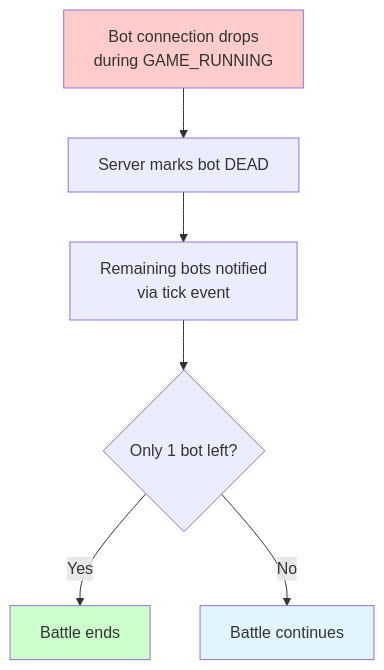
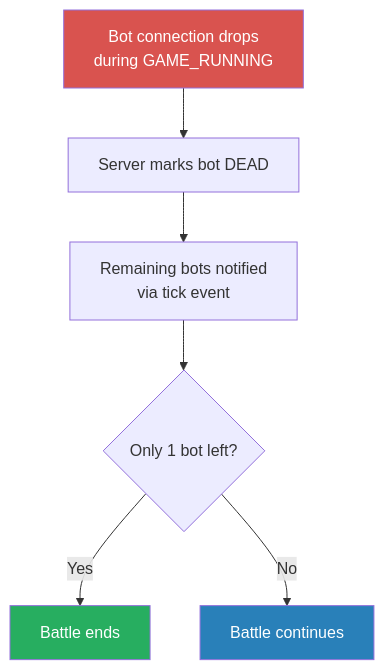
Before and after one commit to robocode-dev/tank-royale: the seventh of 7 diagrams in docs-internal/architecture/models/flows/bot-connection.md, drawn with Mermaid. The commit also changed other lines of this file and 5 other files, not shown here.

First line of the commit message:
docs(internal): update sequence diagrams for v0.40.x and issue #202 fixes

````diff
--- a/docs-internal/architecture/models/flows/bot-connection.md
+++ b/docs-internal/architecture/models/flows/bot-connection.md
@@ -327,12 +329,12 @@
 ```mermaid
 flowchart TD
     A[Bot connection drops<br/>during GAME_RUNNING] --> B[Server marks bot DEAD]
     B --> C[Remaining bots notified<br/>via tick event]
     C --> D{Only 1 bot left?}
     D -->|Yes| E[Battle ends]
     D -->|No| F[Battle continues]
     
-    style A fill:#FFCCCC
-    style E fill:#CCFFCC
-    style F fill:#E1F5FF
+    style A fill:#D9534F,color:#fff
+    style E fill:#27AE60,color:#fff
+    style F fill:#2980B9,color:#fff
 ```
````
